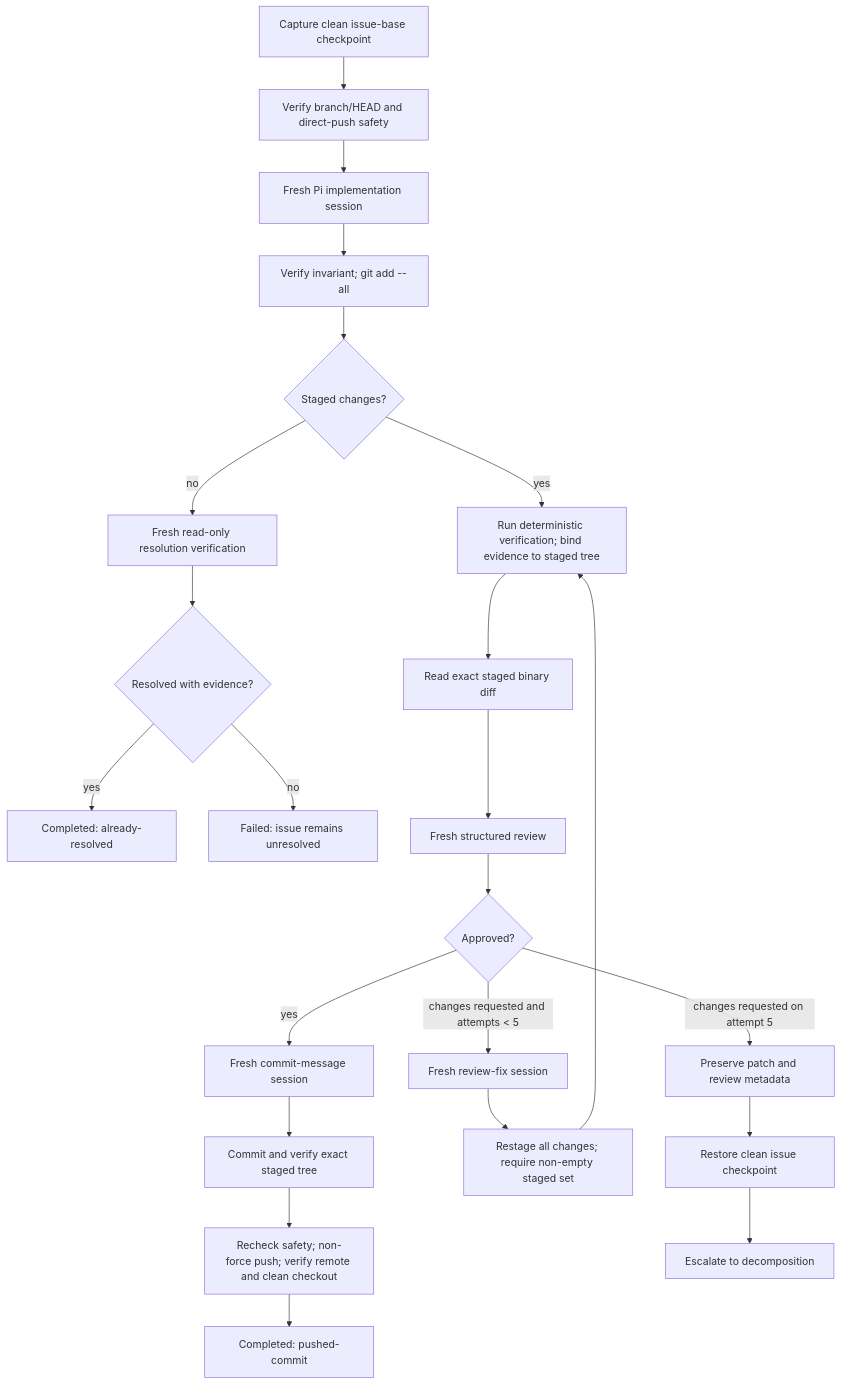
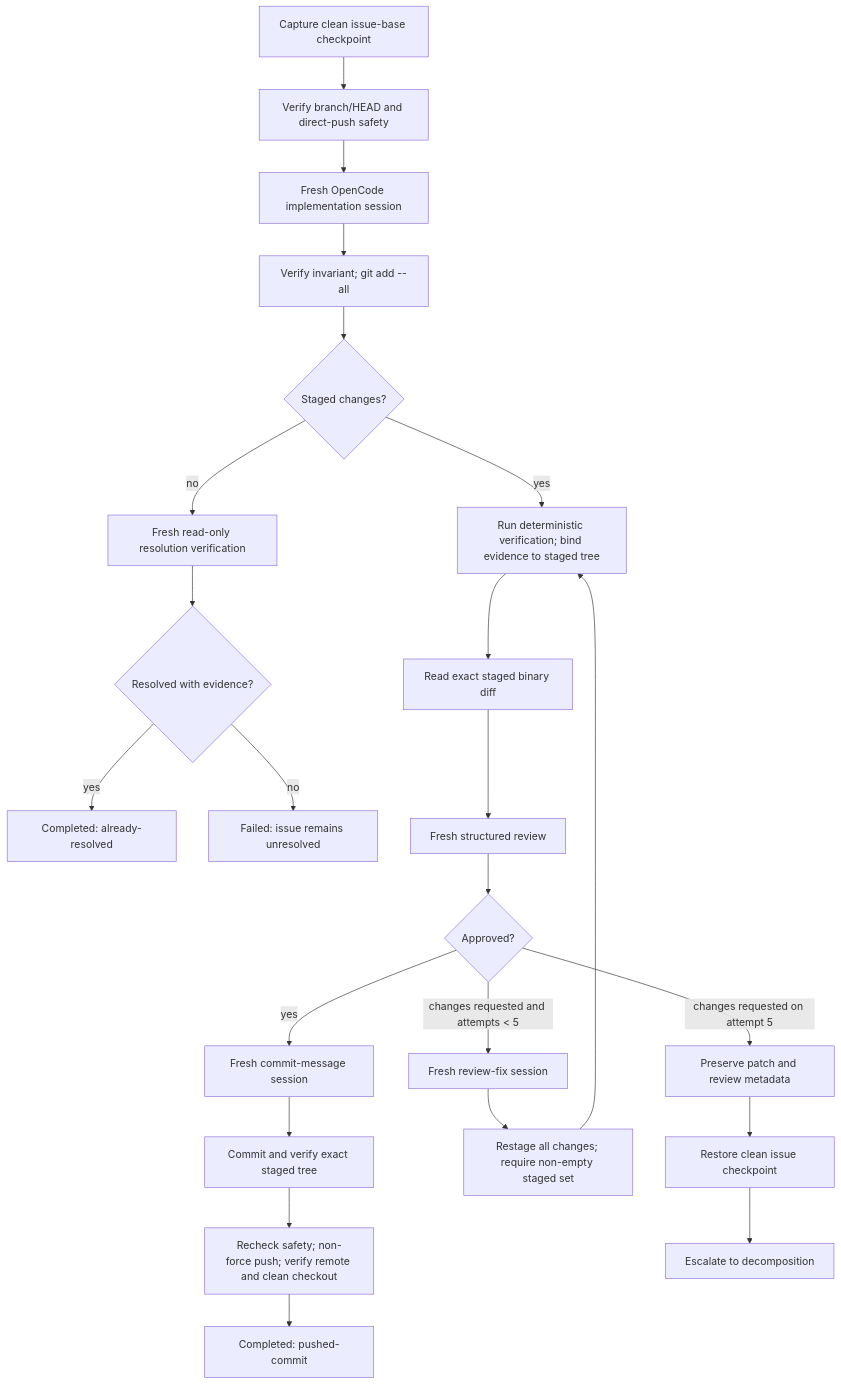
One commit to beremaran/ralphie changed the fourth of 6 diagrams in docs/end-to-end-execution.md. Above: the diagram before and after it, drawn with Mermaid. The commit also changed other lines of this file and 61 other files, not shown here.

First line of the commit message:
Swap embedded Pi agent with external OpenCode 2 server

````diff
--- a/docs/end-to-end-execution.md
+++ b/docs/end-to-end-execution.md
@@ -340,25 +332,25 @@
 ```mermaid
 flowchart TD
     A["Capture clean issue-base checkpoint"] --> B["Verify branch/HEAD and direct-push safety"]
-    B --> C["Fresh Pi implementation session"]
+    B --> C["Fresh OpenCode implementation session"]
     C --> D["Verify invariant; git add --all"]
     D --> E{"Staged changes?"}
     E -->|no| F["Fresh read-only resolution verification"]
     F --> G{"Resolved with evidence?"}
     G -->|yes| H["Completed: already-resolved"]
     G -->|no| I["Failed: issue remains unresolved"]
     E -->|yes| V["Run deterministic verification; bind evidence to staged tree"]
     V --> J["Read exact staged binary diff"]
     J --> K["Fresh structured review"]
     K --> L{"Approved?"}
     L -->|yes| M["Fresh commit-message session"]
     M --> N["Commit and verify exact staged tree"]
     N --> O["Recheck safety; non-force push; verify remote and clean checkout"]
     O --> P["Completed: pushed-commit"]
     L -->|changes requested and attempts < 5| Q["Fresh review-fix session"]
     Q --> R["Restage all changes; require non-empty staged set"]
     R --> V
     L -->|changes requested on attempt 5| S["Preserve patch and review metadata"]
     S --> T["Restore clean issue checkpoint"]
     T --> U["Escalate to decomposition"]
 ```
````
